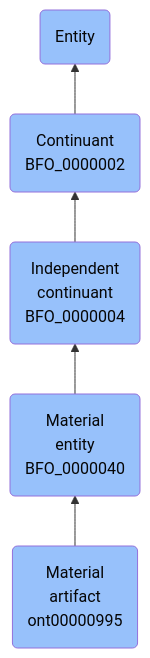
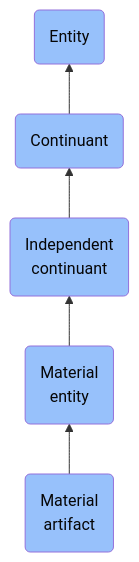
The diagram in docs/ontology/reference/model/Entity/Continuant/Independent continuant/Material entity/Material artifact/Material artifact.md (jupyter-naas/abi), drawn with Mermaid before and after one commit. The commit also changed other lines of this file and 1430 other files, not shown here.

````diff
--- a/docs/ontology/reference/model/Entity/Continuant/Independent continuant/Material entity/Material artifact/Material artifact.md
+++ b/docs/ontology/reference/model/Entity/Continuant/Independent continuant/Material entity/Material artifact/Material artifact.md
@@ -24,12 +24,12 @@
 ```mermaid
 graph BT
-    ont00000995(Material<br>artifact<br>ont00000995):::BFO-->BFO_0000040
-    BFO_0000040(Material<br>entity<br>BFO_0000040):::BFO-->BFO_0000004
-    BFO_0000004(Independent<br>continuant<br>BFO_0000004):::BFO-->BFO_0000002
-    BFO_0000002(Continuant<br>BFO_0000002):::BFO-->BFO_0000001
+    ont00000995(Material<br>artifact):::BFO-->BFO_0000040
+    BFO_0000040(Material<br>entity):::BFO-->BFO_0000004
+    BFO_0000004(Independent<br>continuant):::BFO-->BFO_0000002
+    BFO_0000002(Continuant):::BFO-->BFO_0000001
     BFO_0000001(Entity):::BFO
     
     classDef BFO fill:#97c1fb,color:#060606
     classDef CCO fill:#e4c51e,color:#060606
     classDef ABI fill:#48DD82,color:#060606
 ```
````
